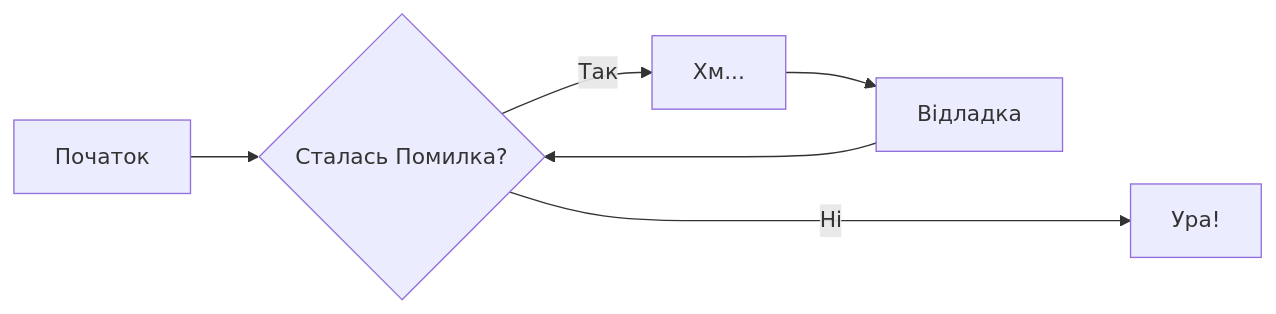
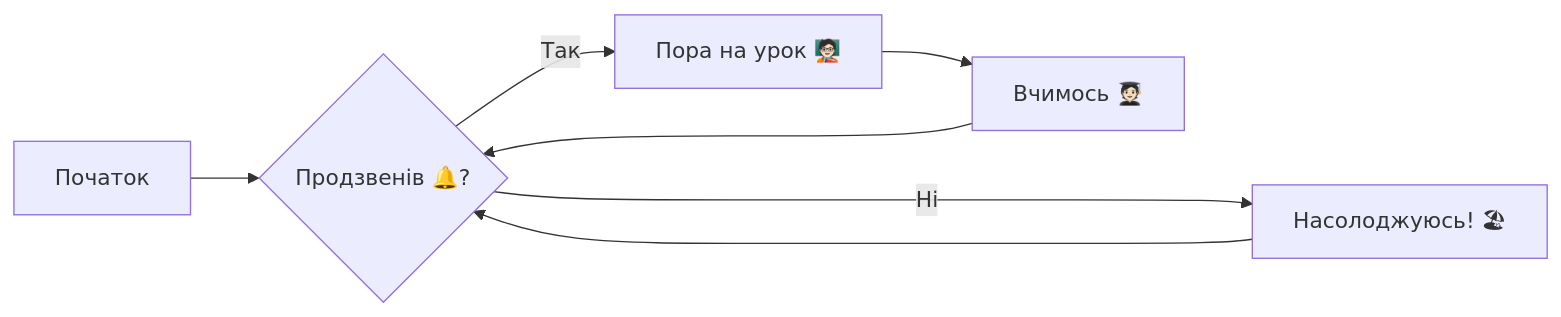
One commit to kirilche/pykids changed the diagram in docs/fundamentals.md. Above: the diagram before and after it, drawn with Mermaid. The commit also changed other lines of this file and 4 other files, not shown here.

````diff
--- a/docs/fundamentals.md
+++ b/docs/fundamentals.md
@@ -238,8 +251,9 @@
 ``` mermaid
 graph LR
-  A[Початок] --> B{Сталась Помилка?};
-  B -->|Так| C[Хм...];
-  C --> D[Відладка];
+  A[Початок] --> B{Продзвенів 🔔?};
+  B -->|Так| C[Пора на урок 🧑🏻‍🏫];
+  C --> D[Вчимось 🧑🏻‍🎓];
   D --> B;
-  B ---->|Ні| E[Ура!];
+  B ---->|Ні| E[Насолоджуюсь! 🏖];
+  E --> B;
 ```
````
